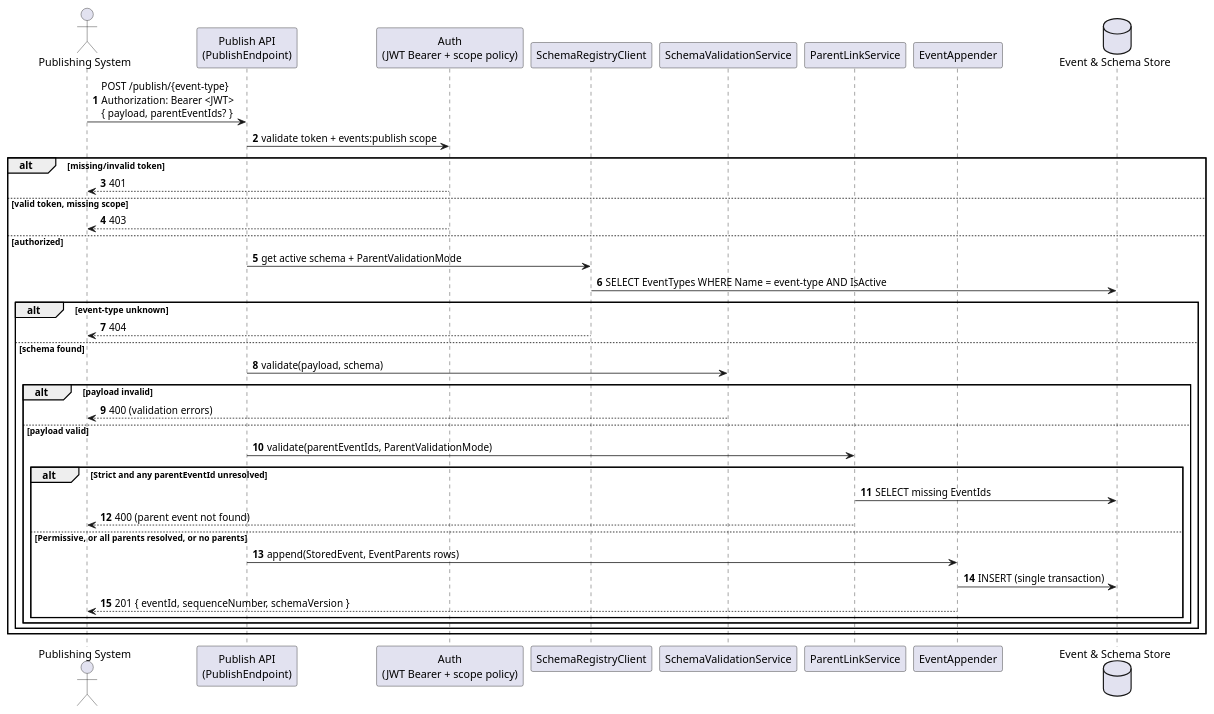
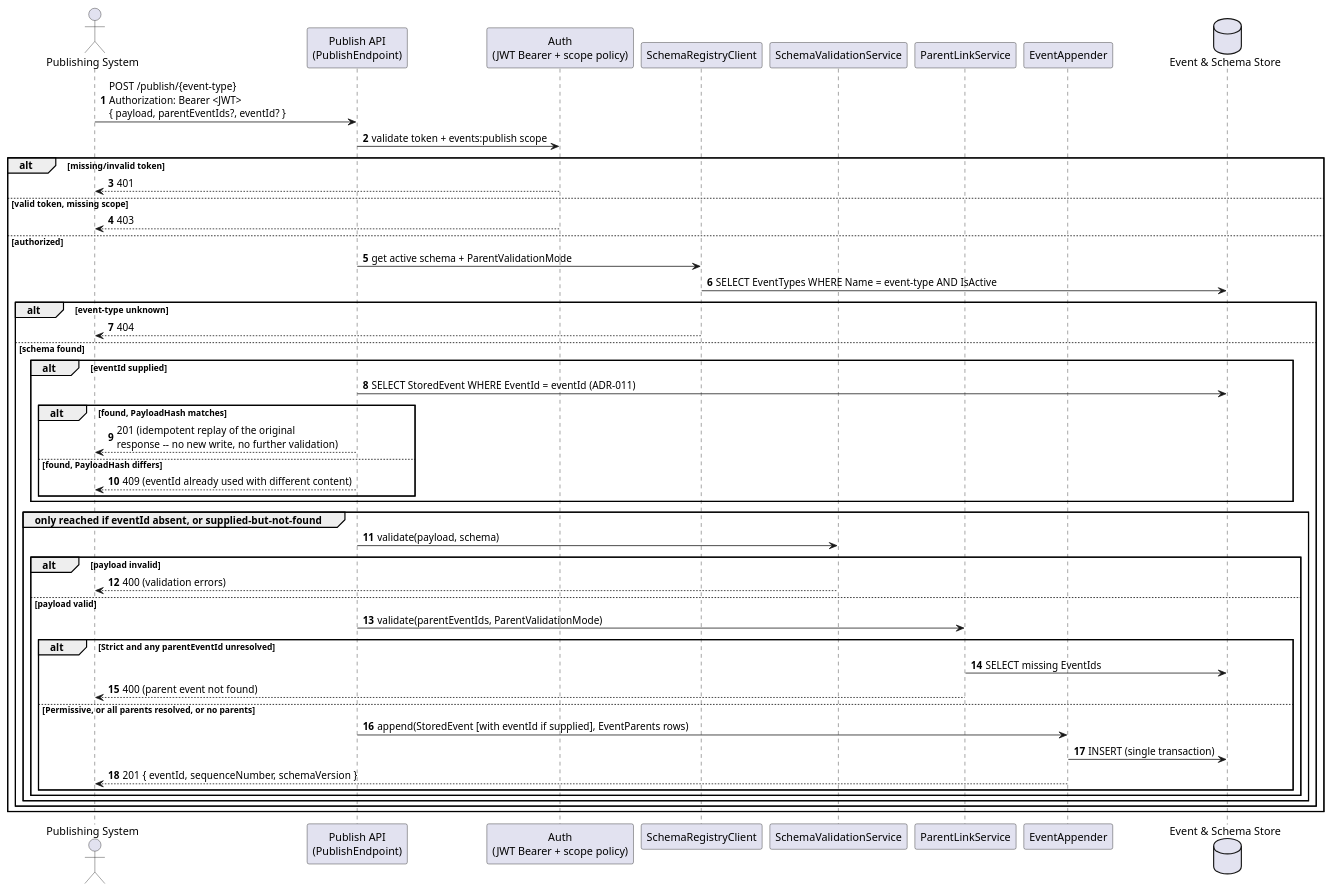
Before and after one commit to Mwwhited-BookLearning/EventSourcing: the first of 2 diagrams in docs/features/publish-event.md, drawn with PlantUML. The commit also changed other lines of this file and 13 other files, not shown here.

````diff
--- a/docs/features/publish-event.md
+++ b/docs/features/publish-event.md
@@ -11,42 +11,52 @@
 ```plantuml
 @startuml Publish_Sequence
 autonumber
 actor "Publishing System" as publisher
 participant "Publish API\n(PublishEndpoint)" as endpoint
 participant "Auth\n(JWT Bearer + scope policy)" as auth
 participant "SchemaRegistryClient" as registryClient
 participant "SchemaValidationService" as validator
 participant "ParentLinkService" as parentLink
 participant "EventAppender" as appender
 database "Event & Schema Store" as db
 
-publisher -> endpoint: POST /publish/{event-type}\nAuthorization: Bearer <JWT>\n{ payload, parentEventIds? }
+publisher -> endpoint: POST /publish/{event-type}\nAuthorization: Bearer <JWT>\n{ payload, parentEventIds?, eventId? }
 endpoint -> auth: validate token + events:publish scope
 alt missing/invalid token
   auth --> publisher: 401
 else valid token, missing scope
   auth --> publisher: 403
 else authorized
   endpoint -> registryClient: get active schema + ParentValidationMode
   registryClient -> db: SELECT EventTypes WHERE Name = event-type AND IsActive
   alt event-type unknown
     registryClient --> publisher: 404
   else schema found
-    endpoint -> validator: validate(payload, schema)
-    alt payload invalid
-      validator --> publisher: 400 (validation errors)
-    else payload valid
-      endpoint -> parentLink: validate(parentEventIds, ParentValidationMode)
-      alt Strict and any parentEventId unresolved
-        parentLink -> db: SELECT missing EventIds
-        parentLink --> publisher: 400 (parent event not found)
-      else Permissive, or all parents resolved, or no parents
-        endpoint -> appender: append(StoredEvent, EventParents rows)
-        appender -> db: INSERT (single transaction)
-        appender --> publisher: 201 { eventId, sequenceNumber, schemaVersion }
+    alt eventId supplied
+      endpoint -> db: SELECT StoredEvent WHERE EventId = eventId (ADR-011)
+      alt found, PayloadHash matches
+        endpoint --> publisher: 201 (idempotent replay of the original\nresponse -- no new write, no further validation)
+      else found, PayloadHash differs
+        endpoint --> publisher: 409 (eventId already used with different content)
+      end
+    end
+    group only reached if eventId absent, or supplied-but-not-found
+      endpoint -> validator: validate(payload, schema)
+      alt payload invalid
+        validator --> publisher: 400 (validation errors)
+      else payload valid
+        endpoint -> parentLink: validate(parentEventIds, ParentValidationMode)
+        alt Strict and any parentEventId unresolved
+          parentLink -> db: SELECT missing EventIds
+          parentLink --> publisher: 400 (parent event not found)
+        else Permissive, or all parents resolved, or no parents
+          endpoint -> appender: append(StoredEvent [with eventId if supplied], EventParents rows)
+          appender -> db: INSERT (single transaction)
+          appender --> publisher: 201 { eventId, sequenceNumber, schemaVersion }
+        end
       end
     end
   end
 end
 @enduml
 ```
````
